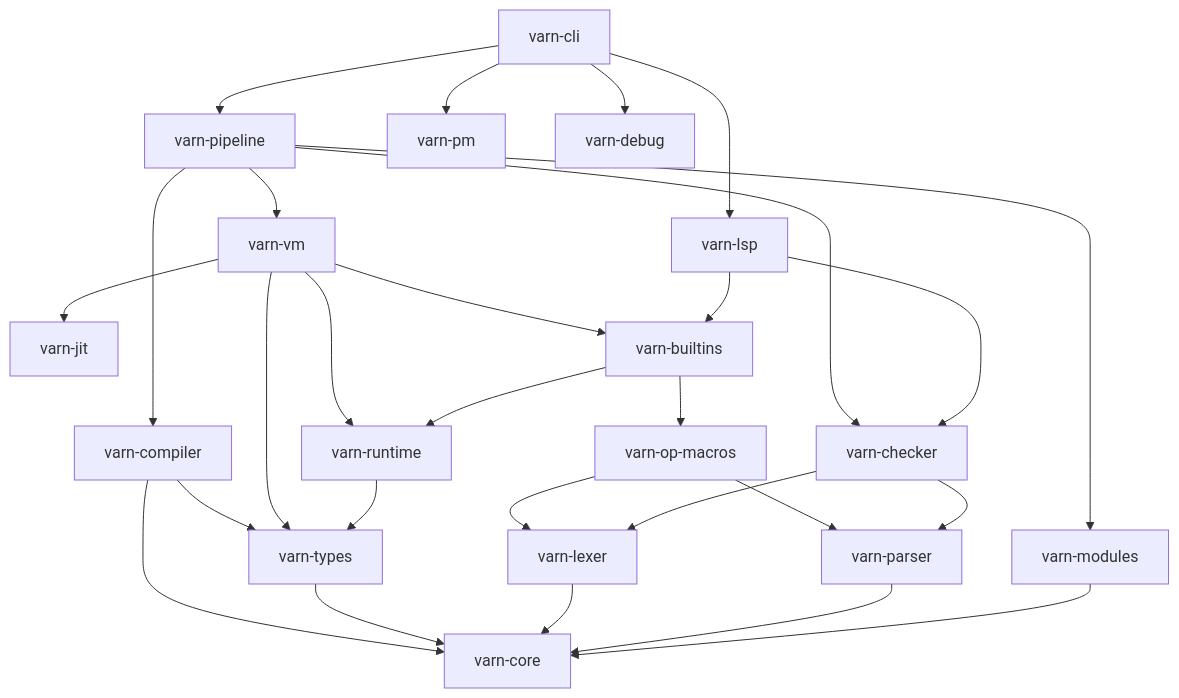
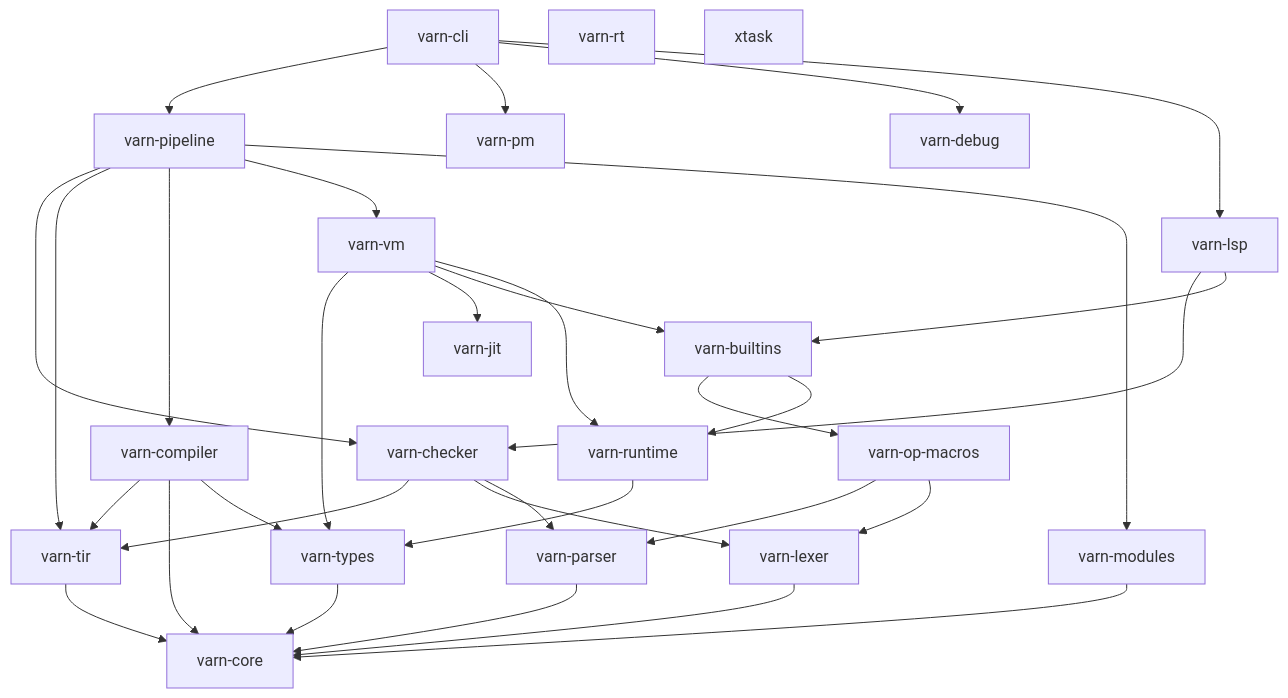
The diagram in docs/CRATES_STATE.md (carlos-burelo/varn), drawn with Mermaid before and after one commit. The commit also changed other lines of this file and 10 other files, not shown here.

Commit message:
docs: update architecture, TIR pipeline, 128-bit VmValue layout, and canonical types

````diff
--- a/docs/CRATES_STATE.md
+++ b/docs/CRATES_STATE.md
@@ -22,36 +22,42 @@
 ```mermaid
 graph TD
     CLI["varn-cli"] --> Pipeline["varn-pipeline"]
     CLI --> PM["varn-pm"]
     CLI --> Debug["varn-debug"]
 
     Pipeline --> Checker["varn-checker"]
+    Pipeline --> TIR["varn-tir"]
     Pipeline --> Opt["varn-compiler"]
     Pipeline --> VM["varn-vm"]
     Pipeline --> Modules["varn-modules"]
 
+    Checker --> TIR
+    Opt --> TIR
     Opt --> Core["varn-core"]
     Opt --> Types["varn-types"]
 
     VM --> Types
     VM --> JIT["varn-jit"]
     VM --> Builtins["varn-builtins"]
     VM --> Runtime["varn-runtime"]
 
     Builtins --> OpMacros["varn-op-macros"]
     Builtins --> Runtime
     OpMacros --> Parser["varn-parser"]
     OpMacros --> Lexer["varn-lexer"]
 
     Checker --> Lexer
     Checker --> Parser
     CLI --> LSP["varn-lsp"]
     LSP --> Checker
     LSP --> Builtins
 
     Types --> Core
     Runtime --> Types
     Lexer --> Core
     Parser --> Core
     Modules --> Core
+    TIR --> Core
+    RT["varn-rt"]
+    Xtask["xtask"]
 ```
````
